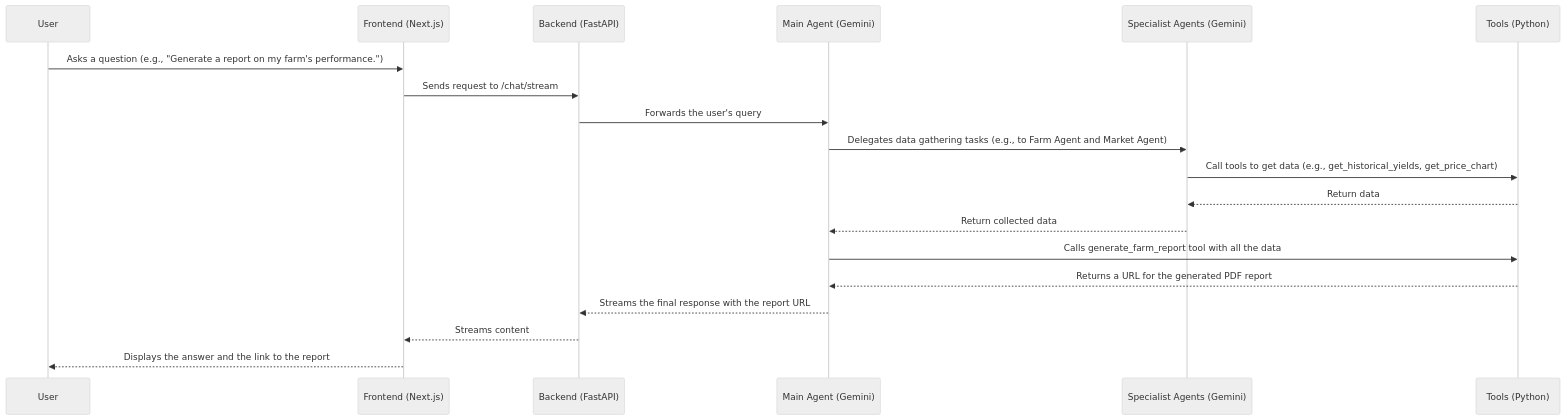
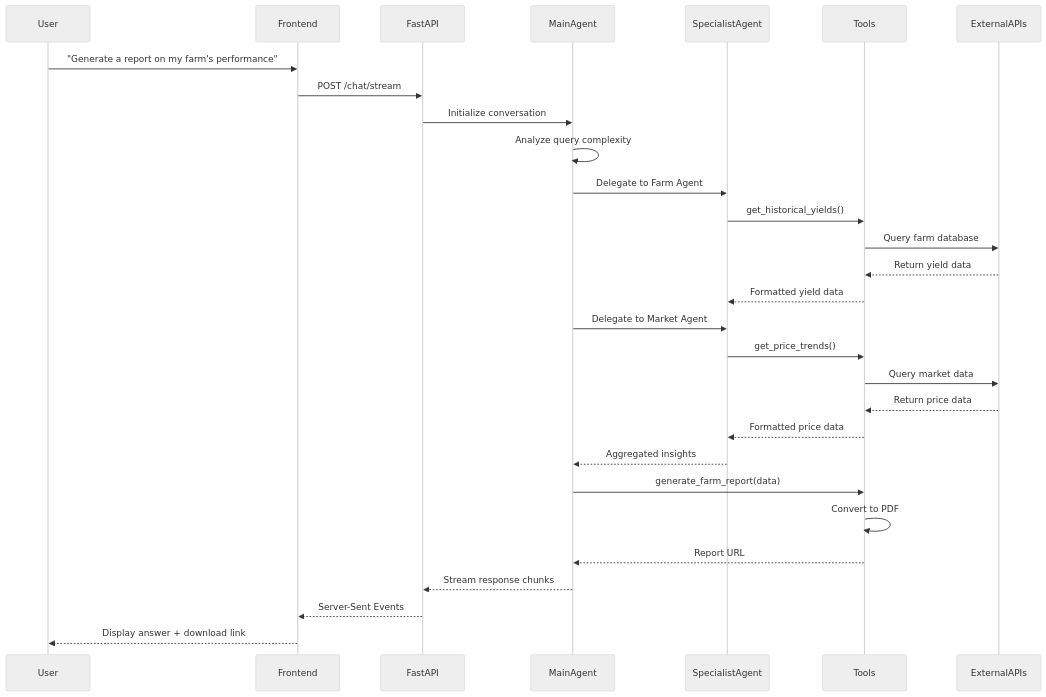
The diagram in README.md (victorbash400/Bloom), drawn with Mermaid (neutral theme) before and after one commit. The commit also changed other lines of this file, not shown here.

````diff
--- a/README.md
+++ b/README.md
@@ -32,22 +142,36 @@
 ```mermaid
 sequenceDiagram
     participant User
-    participant Frontend (Next.js)
-    participant Backend (FastAPI)
-    participant Main Agent (Gemini)
-    participant Specialist Agents (Gemini)
-    participant Tools (Python)
+    participant Frontend
+    participant FastAPI
+    participant MainAgent
+    participant SpecialistAgent
+    participant Tools
+    participant ExternalAPIs
 
-    User->>Frontend (Next.js): Asks a question (e.g., "Generate a report on my farm's performance.")
-    Frontend (Next.js)->>Backend (FastAPI): Sends request to /chat/stream
-    Backend (FastAPI)->>Main Agent (Gemini): Forwards the user's query
-    Main Agent (Gemini)->>Specialist Agents (Gemini): Delegates data gathering tasks (e.g., to Farm Agent and Market Agent)
-    Specialist Agents (Gemini)->>Tools (Python): Call tools to get data (e.g., get_historical_yields, get_price_chart)
-    Tools (Python)-->>Specialist Agents (Gemini): Return data
-    Specialist Agents (Gemini)-->>Main Agent (Gemini): Return collected data
-    Main Agent (Gemini)->>Tools (Python): Calls generate_farm_report tool with all the data
-    Tools (Python)-->>Main Agent (Gemini): Returns a URL for the generated PDF report
-    Main Agent (Gemini)-->>Backend (FastAPI): Streams the final response with the report URL
-    Backend (FastAPI)-->>Frontend (Next.js): Streams content
-    Frontend (Next.js)-->>User: Displays the answer and the link to the report
+    User->>Frontend: "Generate a report on my farm's performance"
+    Frontend->>FastAPI: POST /chat/stream
+    FastAPI->>MainAgent: Initialize conversation
+    
+    MainAgent->>MainAgent: Analyze query complexity
+    MainAgent->>SpecialistAgent: Delegate to Farm Agent
+    SpecialistAgent->>Tools: get_historical_yields()
+    Tools->>ExternalAPIs: Query farm database
+    ExternalAPIs-->>Tools: Return yield data
+    Tools-->>SpecialistAgent: Formatted yield data
+    
+    MainAgent->>SpecialistAgent: Delegate to Market Agent
+    SpecialistAgent->>Tools: get_price_trends()
+    Tools->>ExternalAPIs: Query market data
+    ExternalAPIs-->>Tools: Return price data
+    Tools-->>SpecialistAgent: Formatted price data
+    
+    SpecialistAgent-->>MainAgent: Aggregated insights
+    MainAgent->>Tools: generate_farm_report(data)
+    Tools->>Tools: Convert to PDF
+    Tools-->>MainAgent: Report URL
+    
+    MainAgent-->>FastAPI: Stream response chunks
+    FastAPI-->>Frontend: Server-Sent Events
+    Frontend-->>User: Display answer + download link
 ```
````
